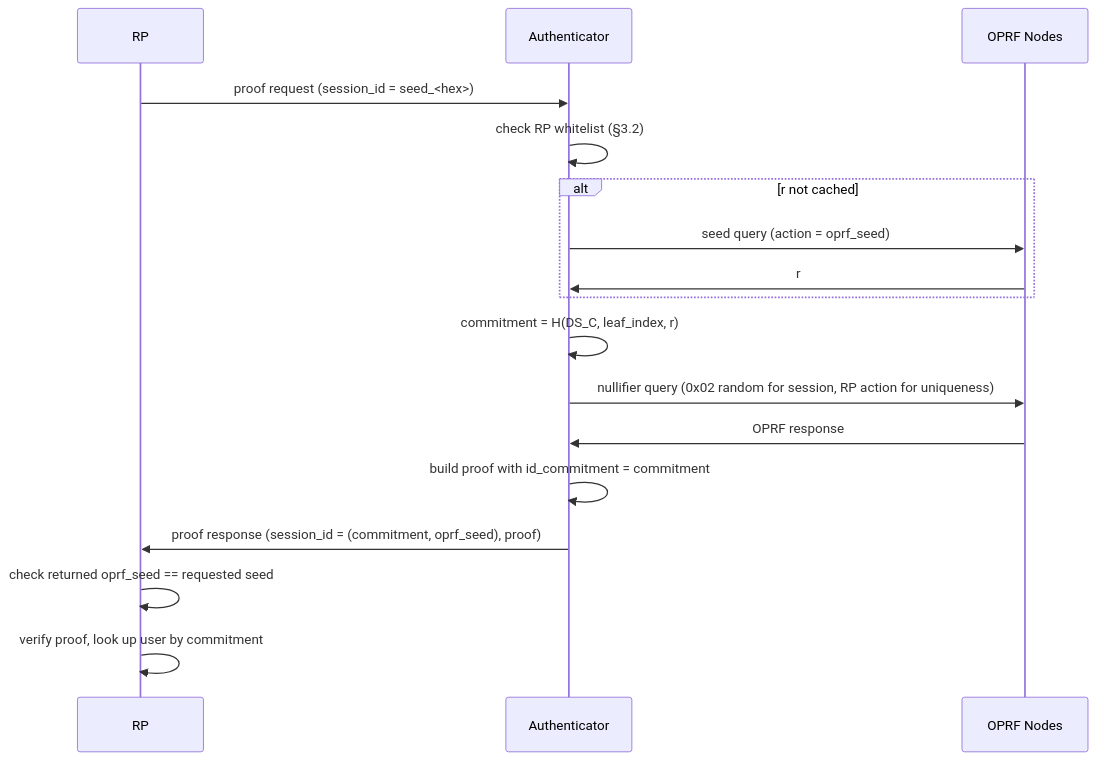
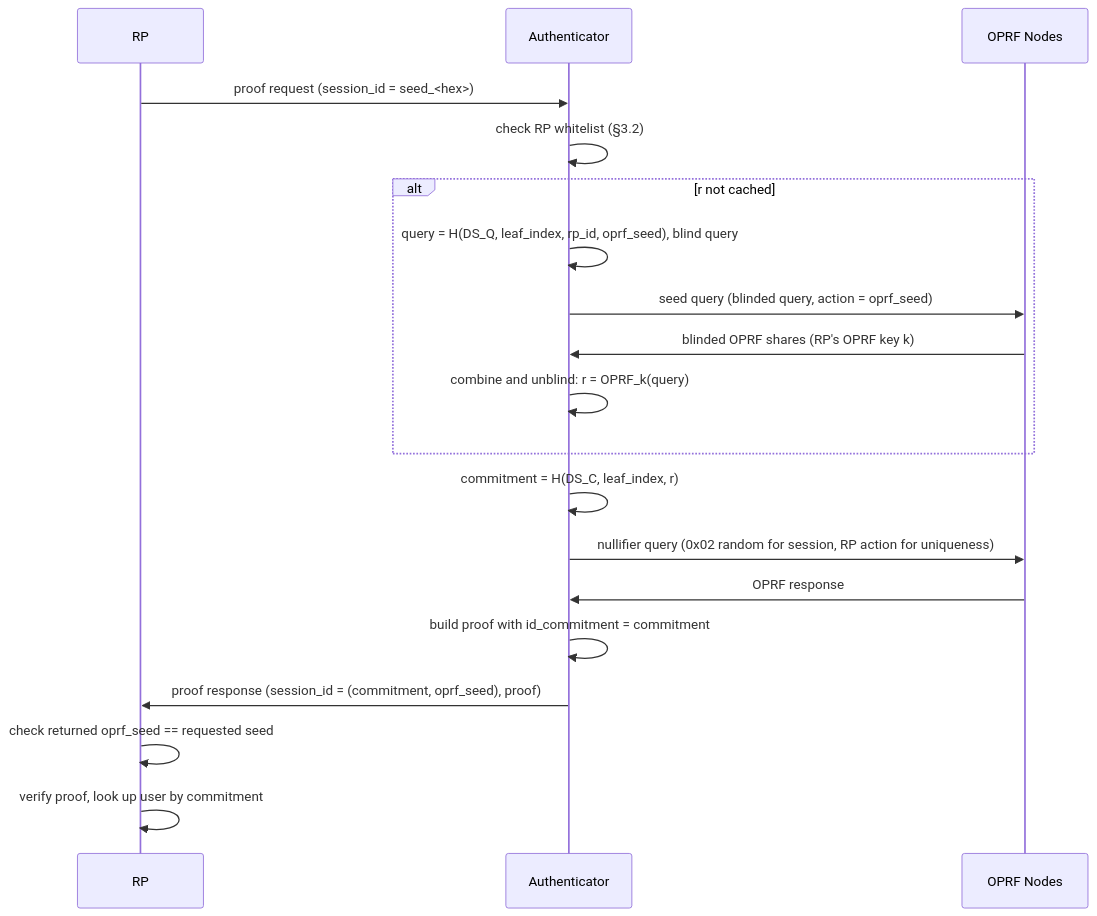
One commit to worldcoin/world-id-protocol changed the diagram in docs/WIPs/wip-116.md. Above: the diagram before and after it, drawn with Mermaid. The commit also changed other lines of this file, not shown here.

Commit message:
docs: show OPRF evaluation of r in WIP-116 flow

````diff
--- a/docs/WIPs/wip-116.md
+++ b/docs/WIPs/wip-116.md
@@ -51,20 +51,22 @@
 ```mermaid
 sequenceDiagram
 participant rp as RP
 participant a as Authenticator
 participant o as OPRF Nodes
 
 rp->>a: proof request (session_id = seed_<hex>)
 a->>a: check RP whitelist (§3.2)
 alt r not cached
-  a->>o: seed query (action = oprf_seed)
-  o->>a: r
+  a->>a: query = H(DS_Q, leaf_index, rp_id, oprf_seed), blind query
+  a->>o: seed query (blinded query, action = oprf_seed)
+  o->>a: blinded OPRF shares (RP's OPRF key k)
+  a->>a: combine and unblind: r = OPRF_k(query)
 end
 a->>a: commitment = H(DS_C, leaf_index, r)
 a->>o: nullifier query (0x02 random for session, RP action for uniqueness)
 o->>a: OPRF response
 a->>a: build proof with id_commitment = commitment
 a->>rp: proof response (session_id = (commitment, oprf_seed), proof)
 rp->>rp: check returned oprf_seed == requested seed
 rp->>rp: verify proof, look up user by commitment
 ```
````
